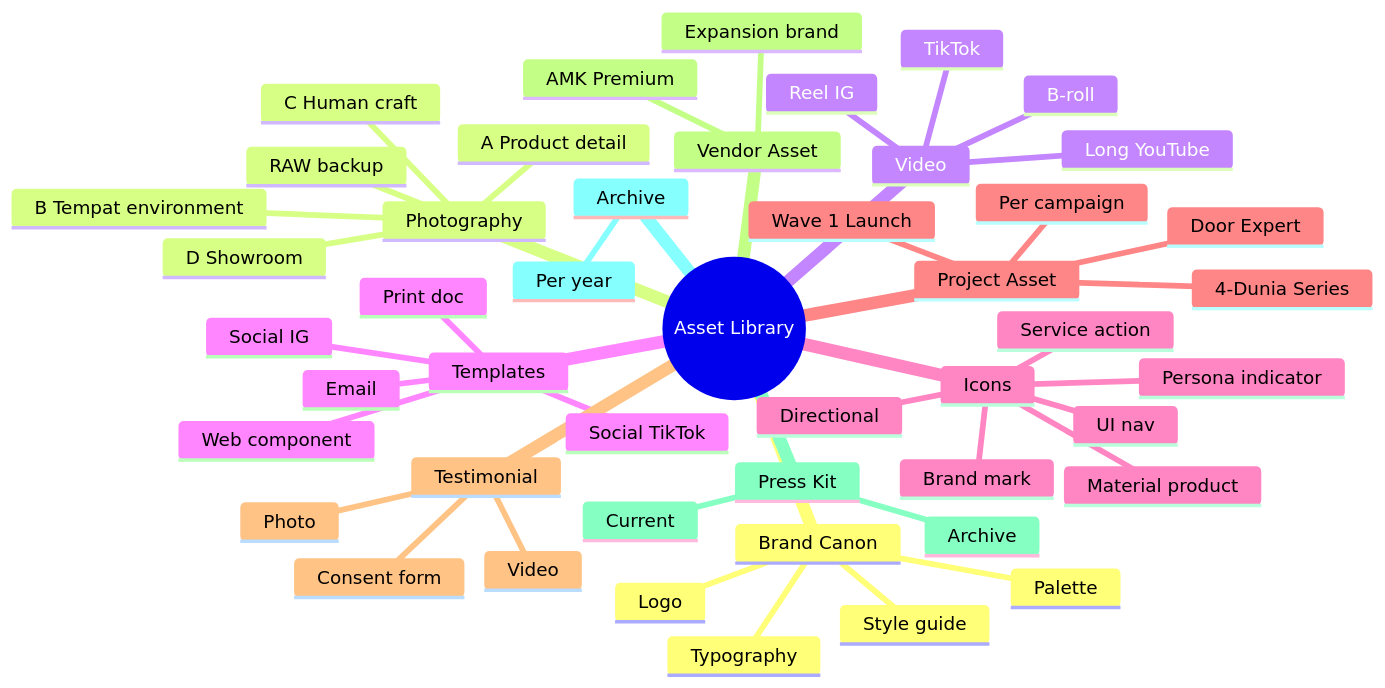
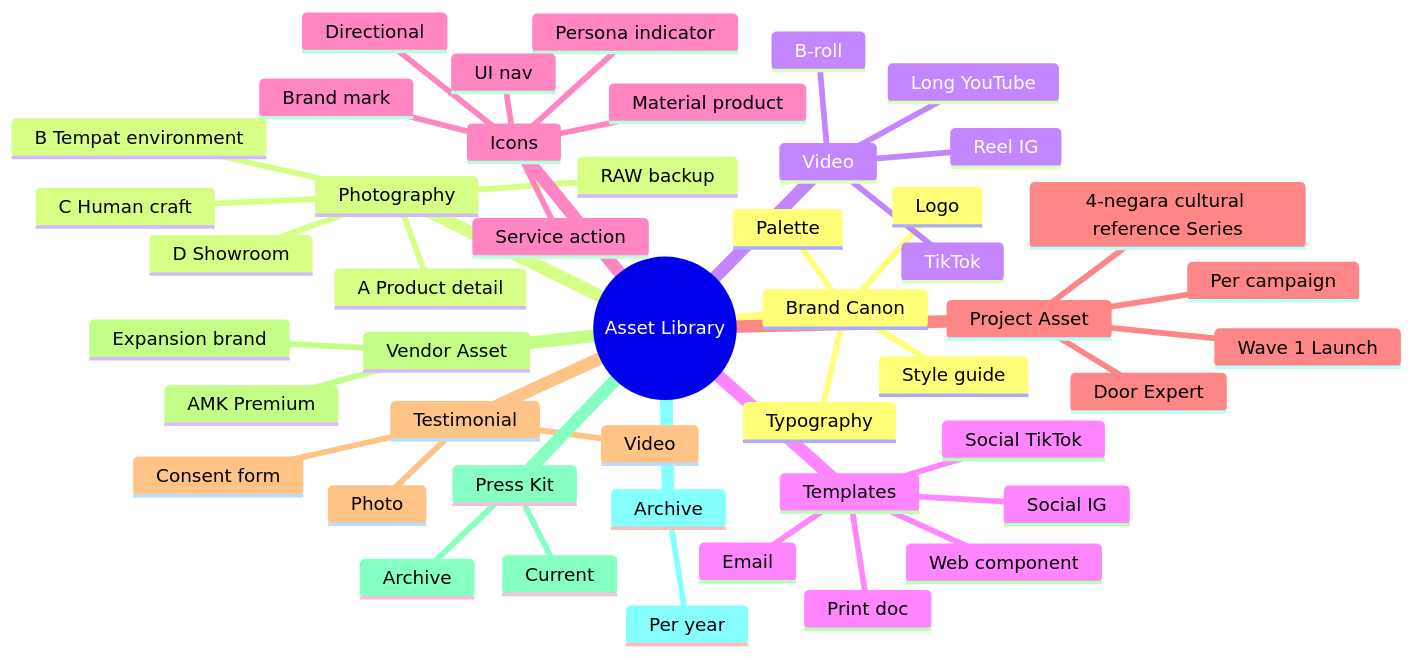
Before and after one commit to MahewAi/Mahew: the first of 2 diagrams in librechat-deploy/skills/cco/asset-library-organization.md, drawn with Mermaid. The commit also changed 80 other files, not shown here.

````diff
--- a/librechat-deploy/skills/cco/asset-library-organization.md
+++ b/librechat-deploy/skills/cco/asset-library-organization.md
@@ -366,50 +366,50 @@
 ```mermaid
 mindmap
   root((Asset Library))
     Brand Canon
       Palette
       Typography
       Logo
       Style guide
     Photography
       A Product detail
       B Tempat environment
       C Human craft
       D Showroom
       RAW backup
     Video
       Reel IG
       TikTok
       Long YouTube
       B-roll
     Templates
       Social IG
       Social TikTok
       Email
       Web component
       Print doc
     Icons
       Brand mark
       Service action
       Material product
       Persona indicator
       UI nav
       Directional
     Project Asset
       Wave 1 Launch
-      4-Dunia Series
+      4-negara cultural reference Series
       Door Expert
       Per campaign
     Testimonial
       Photo
       Video
       Consent form
     Vendor Asset
       AMK Premium
       Expansion brand
     Press Kit
       Current
       Archive
     Archive
       Per year
 ```
````
